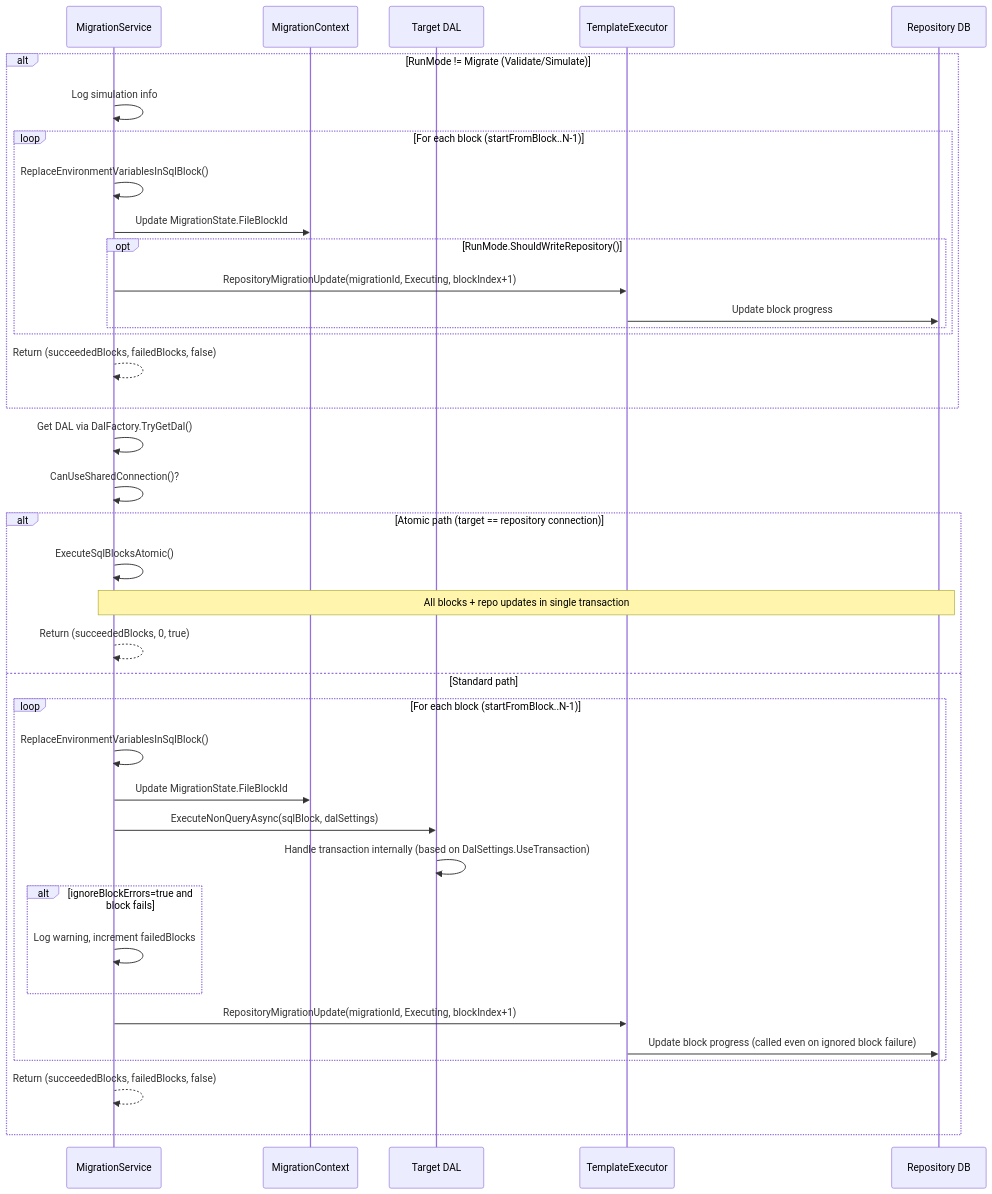
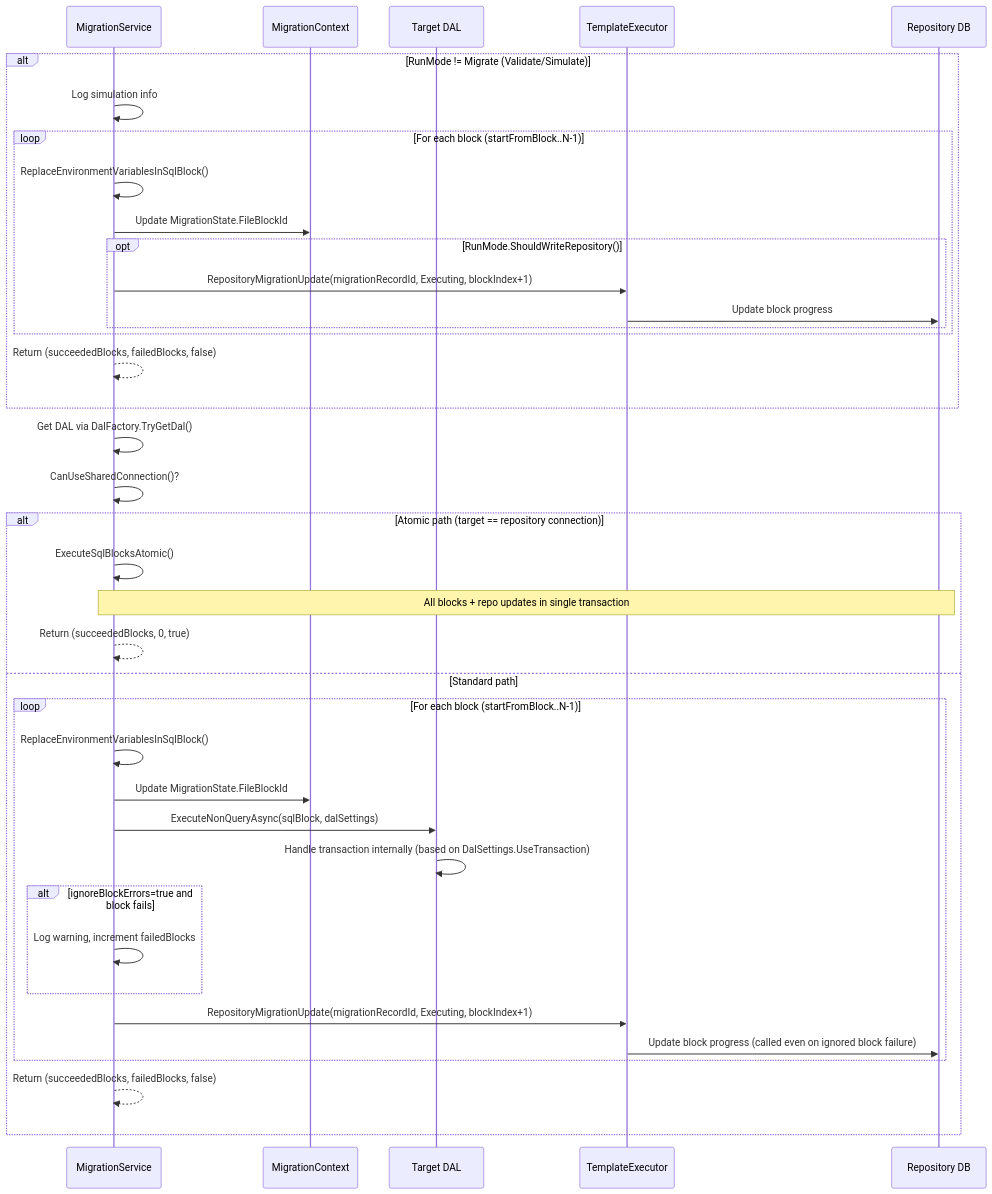
Before and after one commit to RAYCOON/RayMigrator: the second of 2 diagrams in Docs/04-service-layer/block-execution.md, drawn with Mermaid. The commit also changed other lines of this file and 49 other files, not shown here.

First line of the commit message:
Sync Docs with codebase: MigrationRecordId rename, EnvironmentId FK, refreshed counts

````diff
--- a/Docs/04-service-layer/block-execution.md
+++ b/Docs/04-service-layer/block-execution.md
@@ -107,43 +107,43 @@
 ```mermaid
 sequenceDiagram
     participant Svc as MigrationService
     participant Ctx as MigrationContext
     participant DAL as Target DAL
     participant Tmpl as TemplateExecutor
     participant Repo as Repository DB
 
     alt RunMode != Migrate (Validate/Simulate)
         Svc->>Svc: Log simulation info
         loop For each block (startFromBlock..N-1)
             Svc->>Svc: ReplaceEnvironmentVariablesInSqlBlock()
             Svc->>Ctx: Update MigrationState.FileBlockId
             opt RunMode.ShouldWriteRepository()
-                Svc->>Tmpl: RepositoryMigrationUpdate(migrationId, Executing, blockIndex+1)
+                Svc->>Tmpl: RepositoryMigrationUpdate(migrationRecordId, Executing, blockIndex+1)
                 Tmpl->>Repo: Update block progress
             end
         end
         Svc-->>Svc: Return (succeededBlocks, failedBlocks, false)
     end
 
     Svc->>Svc: Get DAL via DalFactory.TryGetDal()
     Svc->>Svc: CanUseSharedConnection()?
 
     alt Atomic path (target == repository connection)
         Svc->>Svc: ExecuteSqlBlocksAtomic()
         Note over Svc,Repo: All blocks + repo updates in single transaction
         Svc-->>Svc: Return (succeededBlocks, 0, true)
     else Standard path
         loop For each block (startFromBlock..N-1)
             Svc->>Svc: ReplaceEnvironmentVariablesInSqlBlock()
             Svc->>Ctx: Update MigrationState.FileBlockId
             Svc->>DAL: ExecuteNonQueryAsync(sqlBlock, dalSettings)
             DAL->>DAL: Handle transaction internally (based on DalSettings.UseTransaction)
             alt ignoreBlockErrors=true and block fails
                 Svc->>Svc: Log warning, increment failedBlocks
             end
-            Svc->>Tmpl: RepositoryMigrationUpdate(migrationId, Executing, blockIndex+1)
+            Svc->>Tmpl: RepositoryMigrationUpdate(migrationRecordId, Executing, blockIndex+1)
             Tmpl->>Repo: Update block progress (called even on ignored block failure)
         end
         Svc-->>Svc: Return (succeededBlocks, failedBlocks, false)
     end
 ```
````
